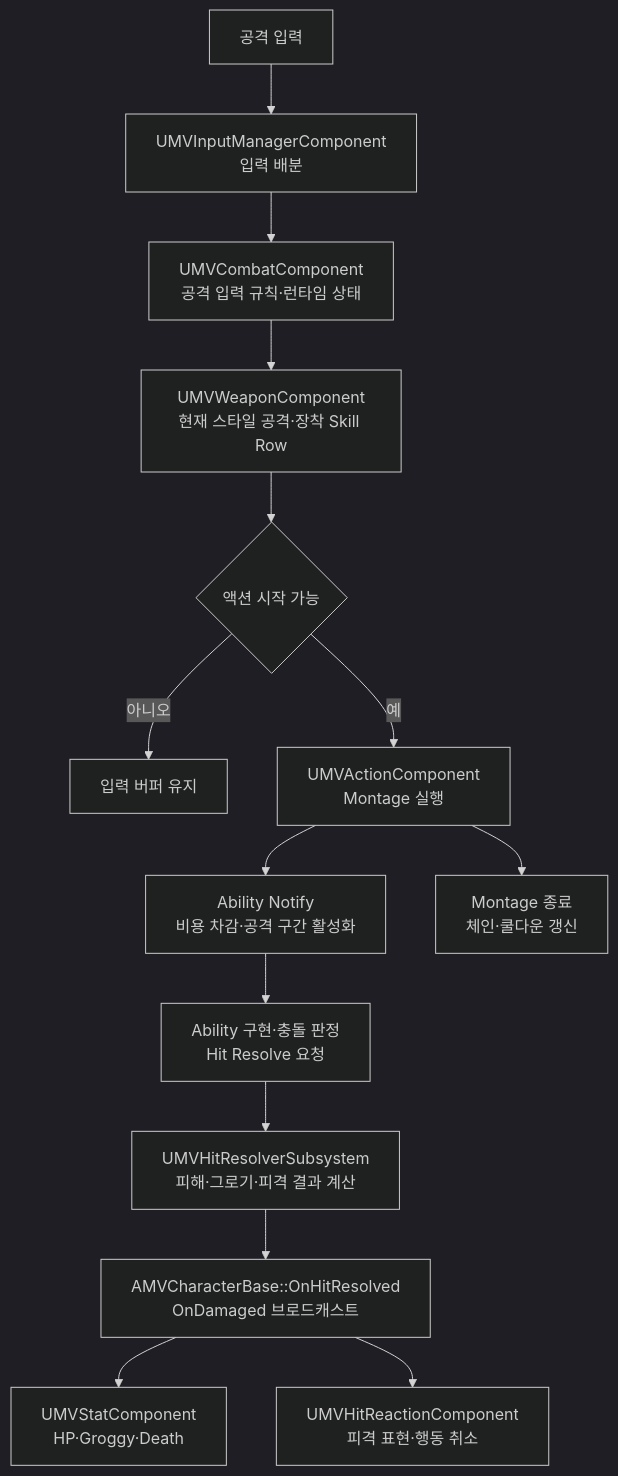
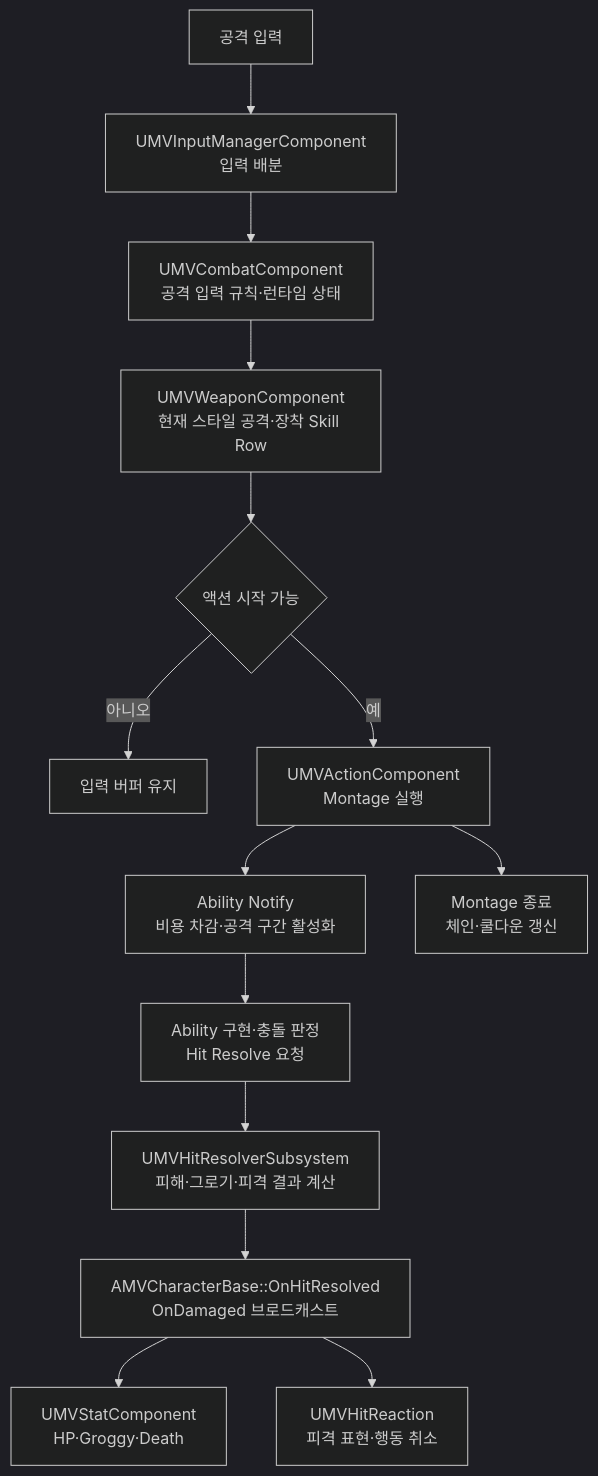
Before and after one commit to DreamersStudio3/Maverick: the first of 2 diagrams in docs/wiki/Features/Combat/Combat-System/document.md, drawn with Mermaid (dark theme). The commit also changed other lines of this file and 4 other files, not shown here.

````diff
--- a/docs/wiki/Features/Combat/Combat-System/document.md
+++ b/docs/wiki/Features/Combat/Combat-System/document.md
@@ -20,16 +20,16 @@
 ```mermaid
 flowchart TD
     Input["공격 입력"] --> Manager["UMVInputManagerComponent<br/>입력 배분"]
     Manager --> Combat["UMVCombatComponent<br/>공격 입력 규칙·런타임 상태"]
     Combat --> Weapon["UMVWeaponComponent<br/>현재 스타일 공격·장착 Skill Row"]
     Weapon --> Gate{"액션 시작 가능"}
     Gate -->|아니오| Buffer["입력 버퍼 유지"]
     Gate -->|예| Action["UMVActionComponent<br/>Montage 실행"]
     Action --> Notify["Ability Notify<br/>비용 차감·공격 구간 활성화"]
     Notify --> Hit["Ability 구현·충돌 판정<br/>Hit Resolve 요청"]
     Hit --> Resolver["UMVHitResolverSubsystem<br/>피해·그로기·피격 결과 계산"]
     Resolver --> Damaged["AMVCharacterBase::OnHitResolved<br/>OnDamaged 브로드캐스트"]
     Damaged --> Stat["UMVStatComponent<br/>HP·Groggy·Death"]
-    Damaged --> Reaction["UMVHitReactionComponent<br/>피격 표현·행동 취소"]
+    Damaged --> Reaction["UMVHitReaction<br/>피격 표현·행동 취소"]
     Action --> End["Montage 종료<br/>체인·쿨다운 갱신"]
 ```
````
